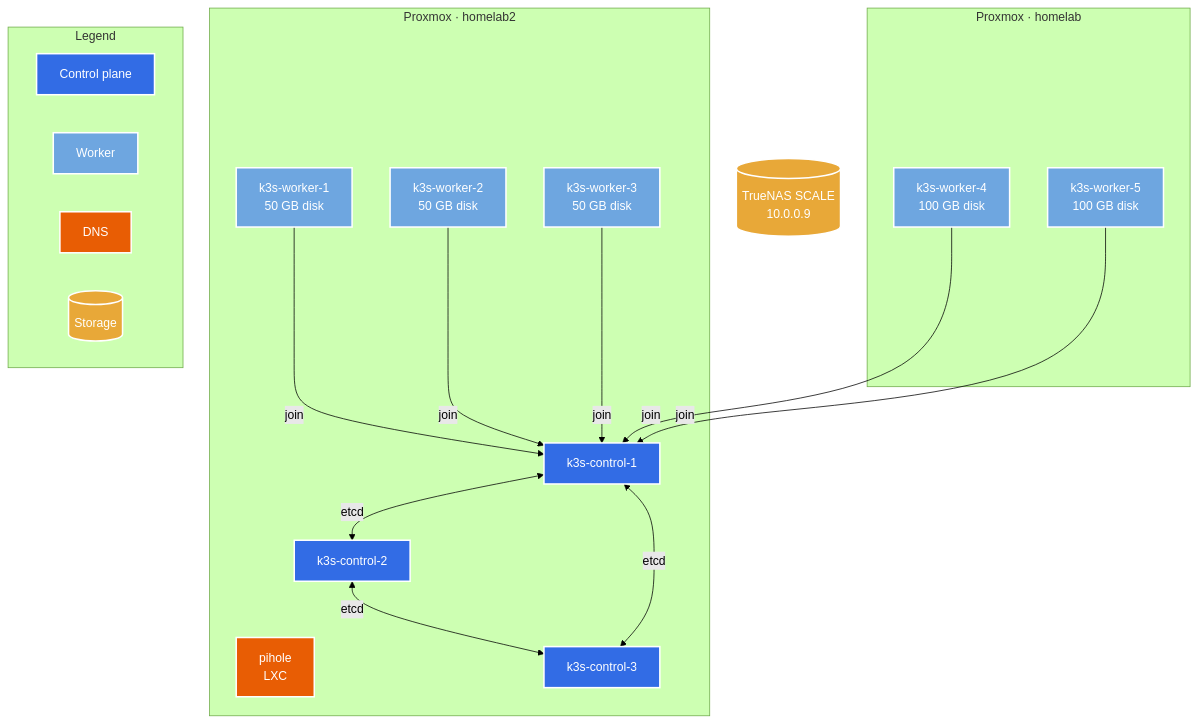
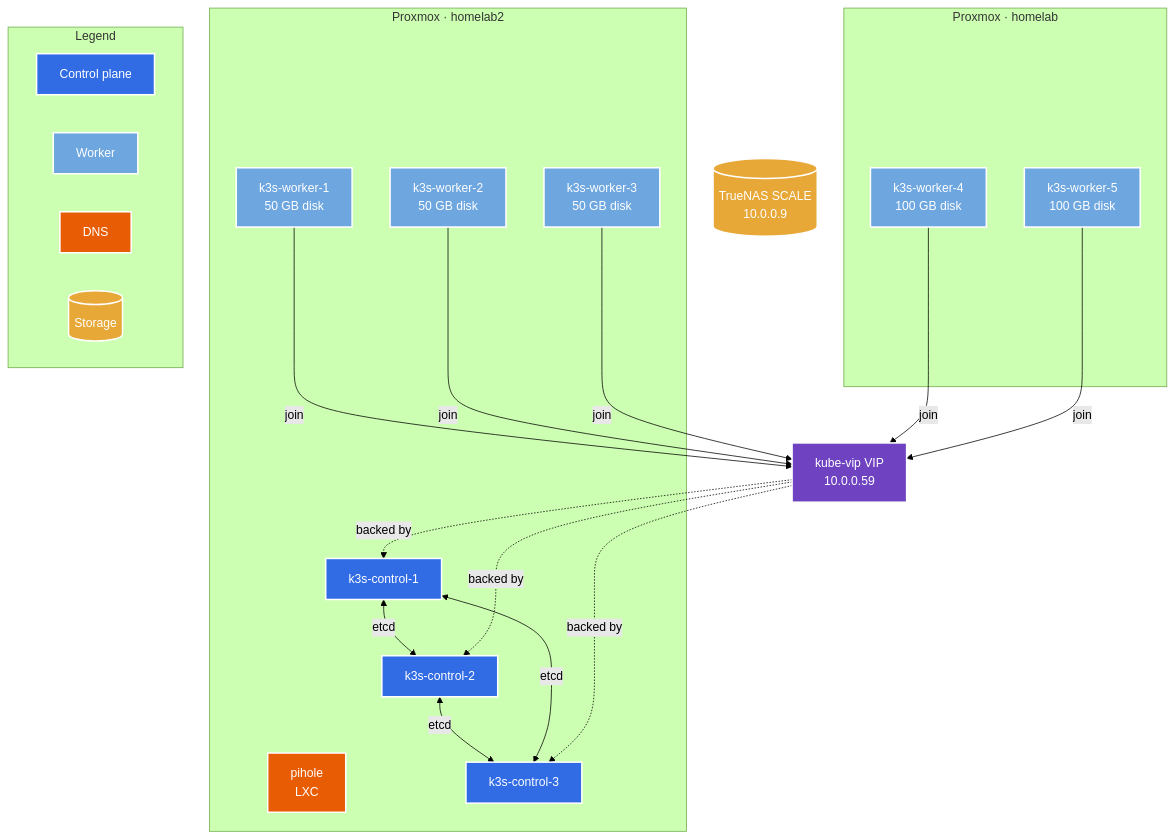
One commit to byeich/homelab changed the first of 5 diagrams in docs/architecture.md. Above: the diagram before and after it, drawn with Mermaid (forest theme). The commit also changed other lines of this file and 11 other files, not shown here.

Commit message:
kube-vip control plane HA (#28) (#37)

````diff
--- a/docs/architecture.md
+++ b/docs/architecture.md
@@ -7,42 +7,47 @@
 ```mermaid
 flowchart TB
     subgraph prox2["Proxmox · homelab2"]
         pihole["pihole\nLXC"]
         ctrl1["k3s-control-1"]
         ctrl2["k3s-control-2"]
         ctrl3["k3s-control-3"]
         wrk1["k3s-worker-1\n50 GB disk"]
         wrk2["k3s-worker-2\n50 GB disk"]
         wrk3["k3s-worker-3\n50 GB disk"]
     end
 
     subgraph prox1["Proxmox · homelab"]
         wrk4["k3s-worker-4\n100 GB disk"]
         wrk5["k3s-worker-5\n100 GB disk"]
     end
 
     truenas[("TrueNAS SCALE\n10.0.0.9")]
 
     subgraph legend["Legend"]
         direction LR
         lc["Control plane"]:::control
         lw["Worker"]:::worker
         ld["DNS"]:::dns
         ls[("Storage")]:::nas
     end
 
+    vip["kube-vip VIP\n10.0.0.59"]:::vip
+
     ctrl1 <-->|"etcd"| ctrl2
     ctrl2 <-->|"etcd"| ctrl3
     ctrl1 <-->|"etcd"| ctrl3
-    wrk1 & wrk2 & wrk3 & wrk4 & wrk5 -->|"join"| ctrl1
+    vip -.->|"backed by"| ctrl1 & ctrl2 & ctrl3
+    wrk1 & wrk2 & wrk3 & wrk4 & wrk5 -->|"join"| vip
 
     classDef control fill:#326ce5,stroke:#fff,stroke-width:2px,color:#fff
     classDef worker  fill:#6ea6e0,stroke:#fff,stroke-width:2px,color:#fff
     classDef dns     fill:#e85d04,stroke:#fff,stroke-width:2px,color:#fff
     classDef nas     fill:#e8a838,stroke:#fff,stroke-width:2px,color:#fff
+    classDef vip     fill:#6f42c1,stroke:#fff,stroke-width:2px,color:#fff
 
     class ctrl1,ctrl2,ctrl3,lc control
     class wrk1,wrk2,wrk3,wrk4,wrk5,lw worker
     class pihole,ld dns
     class truenas,ls nas
+    class vip vip
 ```
````
